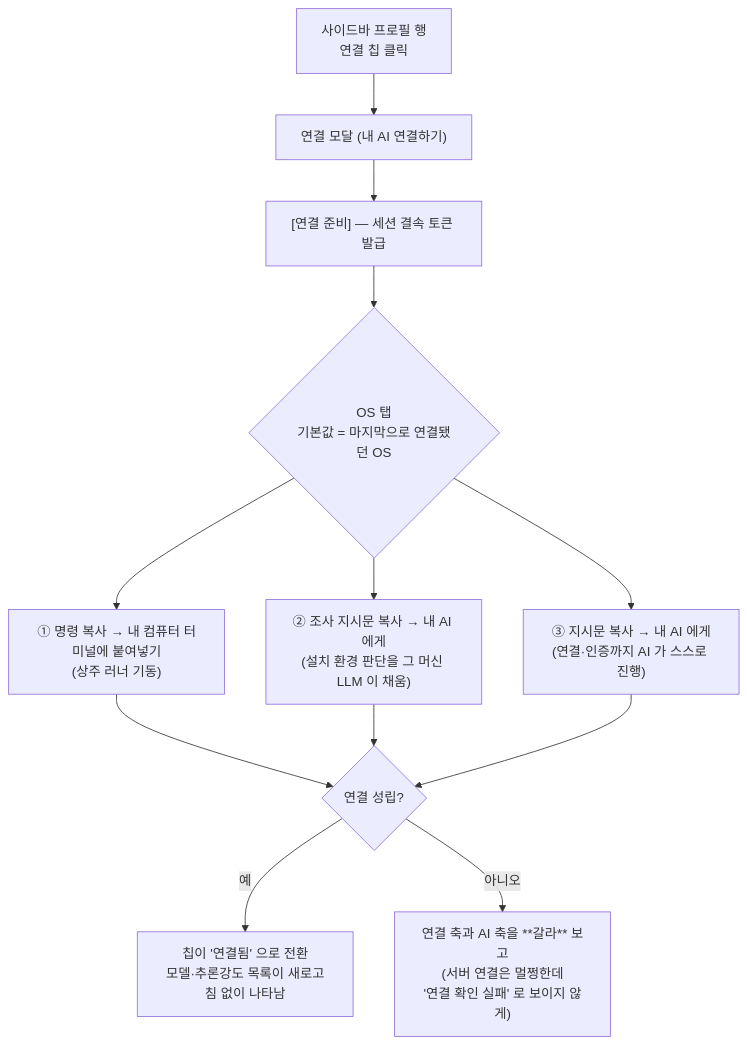
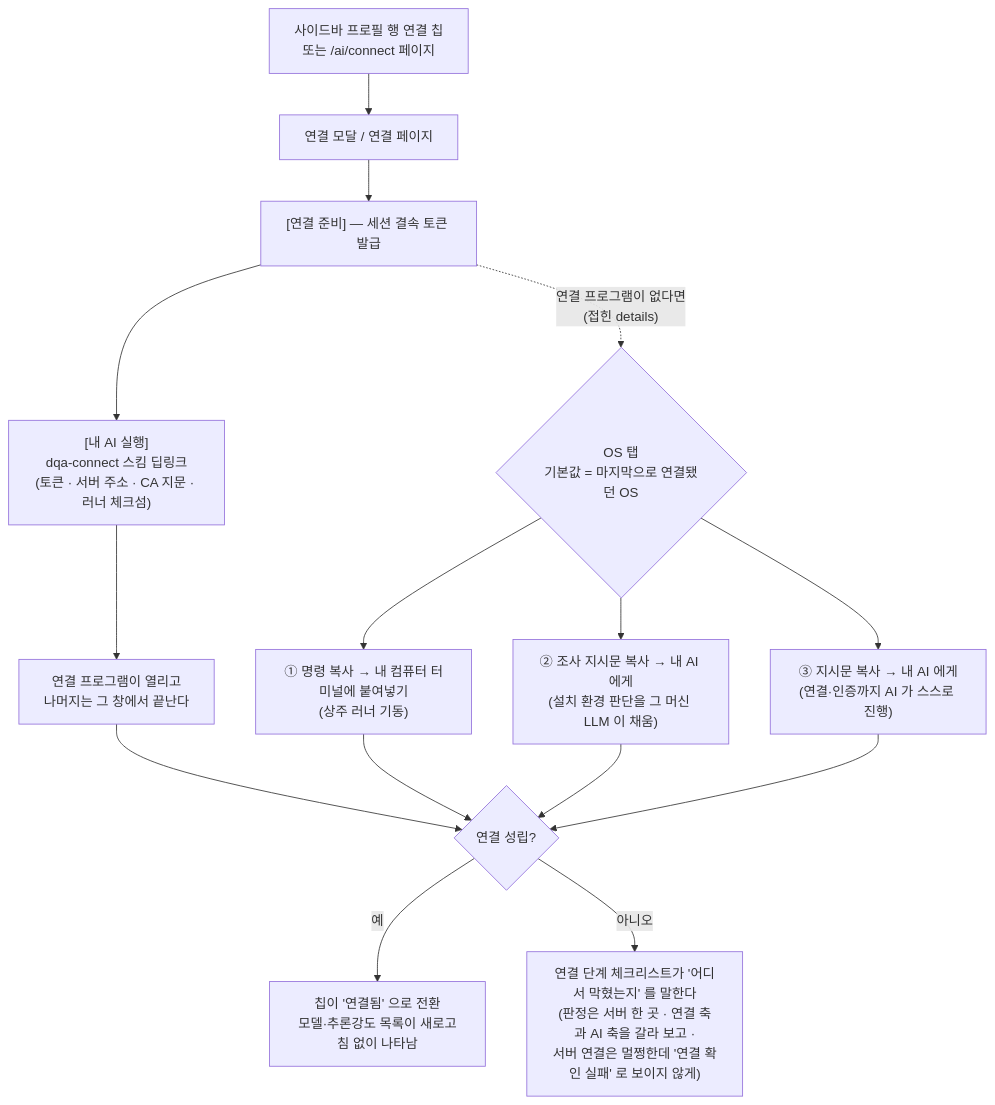
One commit to msmckimgpt-tech/gstack_dba_ai_assistant changed the fourth of 11 diagrams in wiki/Flows/External-AI-Bridge.md. Above: the diagram before and after it, drawn with Mermaid. The commit also changed other lines of this file and 20 other files, not shown here.

````diff
--- a/wiki/Flows/External-AI-Bridge.md
+++ b/wiki/Flows/External-AI-Bridge.md
@@ -152,14 +154,17 @@
 ```mermaid
 flowchart TD
-    A["사이드바 프로필 행<br/>연결 칩 클릭"] --> B["연결 모달 (내 AI 연결하기)"]
+    A["사이드바 프로필 행 연결 칩<br/>또는 /ai/connect 페이지"] --> B["연결 모달 / 연결 페이지"]
     B --> C["[연결 준비] — 세션 결속 토큰 발급"]
-    C --> D{"OS 탭<br/>기본값 = 마지막으로 연결됐던 OS"}
+    C --> K["[내 AI 실행]<br/>dqa-connect 스킴 딥링크<br/>(토큰 · 서버 주소 · CA 지문 · 러너 체크섬)"]
+    K --> L["연결 프로그램이 열리고<br/>나머지는 그 창에서 끝난다"]
+    C -.->|"연결 프로그램이 없다면<br/>(접힌 details)"| D{"OS 탭<br/>기본값 = 마지막으로 연결됐던 OS"}
     D --> E["① 명령 복사 → 내 컴퓨터 터미널에 붙여넣기<br/>(상주 러너 기동)"]
     D --> F["② 조사 지시문 복사 → 내 AI 에게<br/>(설치 환경 판단을 그 머신 LLM 이 채움)"]
     D --> G["③ 지시문 복사 → 내 AI 에게<br/>(연결·인증까지 AI 가 스스로 진행)"]
-    E --> H{"연결 성립?"}
+    L --> H{"연결 성립?"}
+    E --> H
     F --> H
     G --> H
     H -->|예| I["칩이 '연결됨' 으로 전환<br/>모델·추론강도 목록이 새로고침 없이 나타남"]
-    H -->|아니오| J["연결 축과 AI 축을 **갈라** 보고<br/>(서버 연결은 멀쩡한데<br/>'연결 확인 실패' 로 보이지 않게)"]
+    H -->|아니오| J["연결 단계 체크리스트가 '어디서 막혔는지' 를 말한다<br/>(판정은 서버 한 곳 · 연결 축과 AI 축을 갈라 보고 ·<br/>서버 연결은 멀쩡한데 '연결 확인 실패' 로 보이지 않게)"]
 ```
````
